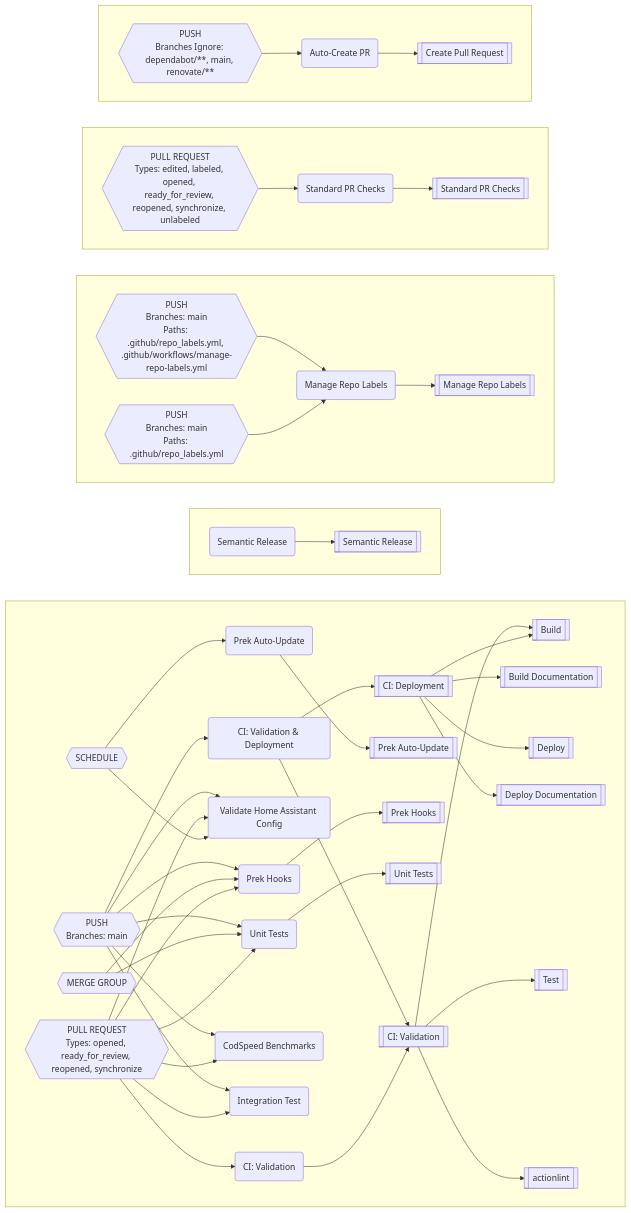
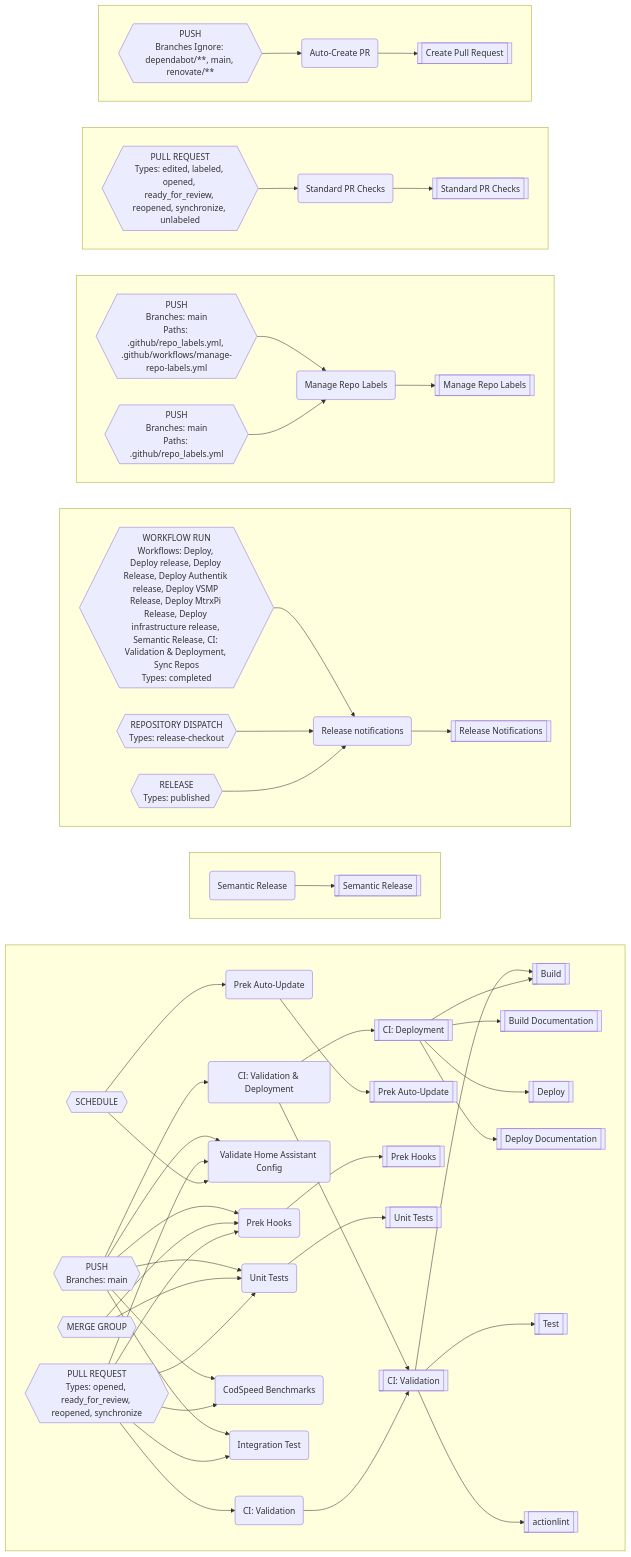
Before and after one commit to worganisation/github-config-files: the diagram in README.md, drawn with Mermaid. The commit also changed other lines of this file and 9 other files, not shown here.

````diff
--- a/README.md
+++ b/README.md
@@ -405,56 +461,63 @@
 ```mermaid
 flowchart LR
-subgraph EI[" "]
+subgraph ER[" "]
 direction LR
-DI-->V
-CF-->AY
-CG-->CR
-CG-->CF
-DK-->EB
-DK-->DR
-DK-->DM
-DK-->DI
-DK-->CZ
-DK-->CR
-DR-->BB
-DS-->EB
-DS-->DR
-EB-->BQ
-DF-->EB
-DF-->DR
-DF-->DM
-DF-->DE
-DF-->CZ
-DF-->CR
-DE-->V
-DE-->M
+DR-->V
+CJ-->AY
+CK-->DA
+CK-->CJ
+DT-->EK
+DT-->EA
+DT-->DV
+DT-->DR
+DT-->DI
+DT-->DA
+EA-->BB
+EB-->EK
+EB-->EA
+EK-->BU
+DO-->EK
+DO-->EA
+DO-->DV
+DO-->DN
+DO-->DI
+DO-->DA
+DN-->V
+DN-->M
 M-->I
 M-->E
 M-->AM
 M-->AI
 V-->I
-V-->BN
+V-->BR
 V-->A
 end
-subgraph EJ[" "]
+subgraph ES[" "]
 direction LR
+CW-->BI
+end
+subgraph ET[" "]
+direction LR
+CQ-->CN
+CP-->CN
+CO-->CN
 CN-->BE
 end
-subgraph EK[" "]
+subgraph EU[" "]
 direction LR
-CK-->CB
+CT-->CF
+CG-->CF
+CF-->AV
+end
+subgraph EV[" "]
+direction LR
 CC-->CB
-CB-->AV
+CB-->BO
 end
-subgraph EL[" "]
+subgraph EW[" "]
 direction LR
 BY-->BX
-BX-->BK
-end
-subgraph EM[" "]
-direction LR
-BU-->BT
-BT-->AE
+BX-->AE
 end
 AE[["Create Pull Request"]]
 AI[["Deploy Documentation"]]
@@ -463,44 +526,56 @@
 AY[["Prek Auto-Update"]]
 A[["actionlint"]]
 BB[["Prek Hooks"]]
-BE[["Semantic Release"]]
-BK[["Standard PR Checks"]]
-BN[["Test"]]
-BQ[["Unit Tests"]]
-BT("Auto-Create PR")
-BU{{"PUSH
+BE[["Release Notifications"]]
+BI[["Semantic Release"]]
+BO[["Standard PR Checks"]]
+BR[["Test"]]
+BU[["Unit Tests"]]
+BX("Auto-Create PR")
+BY{{"PUSH
 Branches Ignore: dependabot/**, main, renovate/**
 "}}
-BX("Standard PR Checks")
-BY{{"PULL REQUEST
+CB("Standard PR Checks")
+CC{{"PULL REQUEST
 Types: edited, labeled, opened, ready_for_review, reopened, synchronize, unlabeled
 "}}
-CB("Manage Repo Labels")
-CC{{"PUSH
+CF("Manage Repo Labels")
+CG{{"PUSH
 Branches: main
 Paths: .github/repo_labels.yml
 "}}
-CF("Prek Auto-Update")
-CG{{"SCHEDULE"}}
-CK{{"PUSH
+CJ("Prek Auto-Update")
+CK{{"SCHEDULE"}}
+CN("Release notifications")
+CO{{"RELEASE
+Types: published
+"}}
+CP{{"REPOSITORY DISPATCH
+Types: release-checkout
+"}}
+CQ{{"WORKFLOW RUN
+Workflows: Deploy, Deploy release, Deploy Release, Deploy Authentik release, Deploy VSMP Release, Deploy MtrxPi Release, Deploy infrastructure release, Semantic Release, CI: Validation & Deployment, Sync Repos
+Types: completed
+"}}
+CT{{"PUSH
 Branches: main
 Paths: .github/repo_labels.yml, .github/workflows/manage-repo-labels.yml
 "}}
-CN("Semantic Release")
-CR("Validate Home Assistant Config")
-CZ("Integration Test")
-DE("CI: Validation & Deployment")
-DF{{"PUSH
+CW("Semantic Release")
+DA("Validate Home Assistant Config")
+DI("Integration Test")
+DN("CI: Validation & Deployment")
+DO{{"PUSH
 Branches: main
 "}}
-DI("CI: Validation")
-DK{{"PULL REQUEST
+DR("CI: Validation")
+DT{{"PULL REQUEST
 Types: opened, ready_for_review, reopened, synchronize
 "}}
-DM("CodSpeed Benchmarks")
-DR("Prek Hooks")
-DS{{"MERGE GROUP"}}
-EB("Unit Tests")
+DV("CodSpeed Benchmarks")
+EA("Prek Hooks")
+EB{{"MERGE GROUP"}}
+EK("Unit Tests")
 E[["Build Documentation"]]
 I[["Build"]]
 M[["CI: Deployment"]]
````
